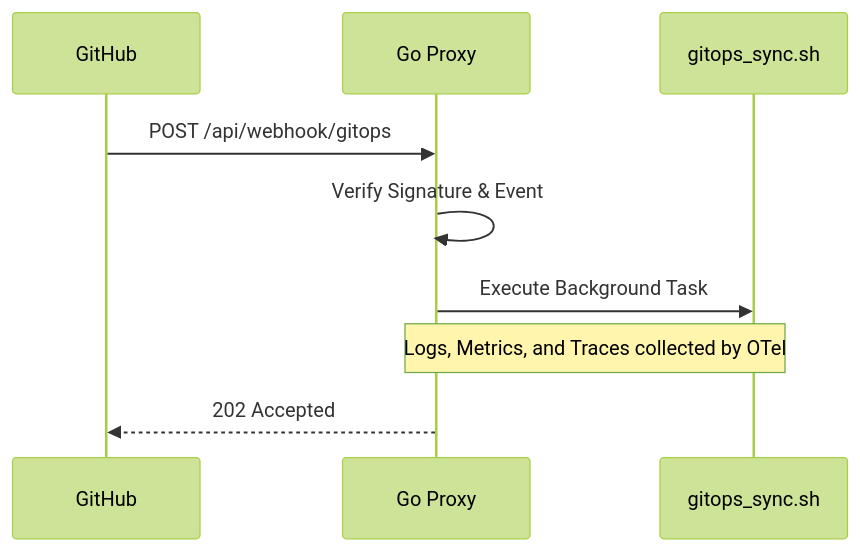
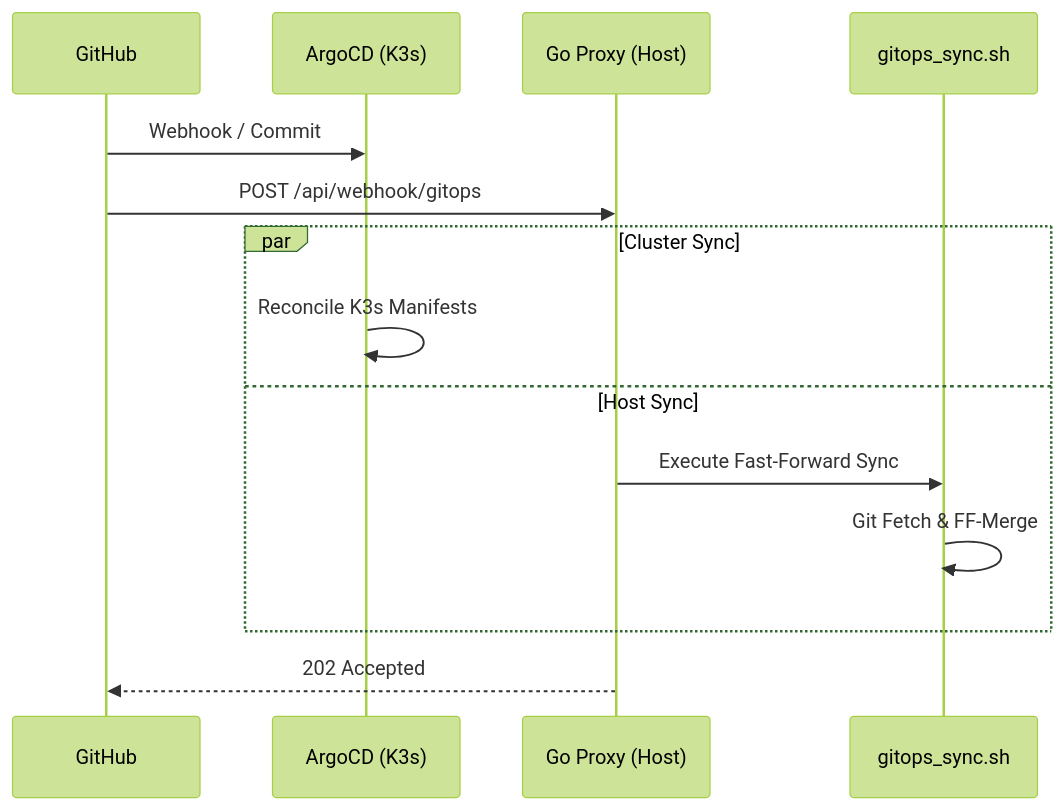
The diagram in docs/architecture/core-concepts/automation.md (victoriacheng15/observability-hub), drawn with Mermaid (forest theme) before and after one commit. The commit also changed other lines of this file and 6 other files, not shown here.

````diff
--- a/docs/architecture/core-concepts/automation.md
+++ b/docs/architecture/core-concepts/automation.md
@@ -35,12 +24,19 @@
 ```mermaid
 sequenceDiagram
     participant GitHub
-    participant Proxy as Go Proxy
+    participant Argo as ArgoCD (K3s)
+    participant Proxy as Go Proxy (Host)
     participant Script as gitops_sync.sh
 
+    GitHub->>Argo: Webhook / Commit
     GitHub->>Proxy: POST /api/webhook/gitops
-    Proxy->>Proxy: Verify Signature & Event
-    Proxy->>Script: Execute Background Task
-    Note over Script, Proxy: Logs, Metrics, and Traces collected by OTel
+    
+    par Cluster Sync
+        Argo->>Argo: Reconcile K3s Manifests
+    and Host Sync
+        Proxy->>Script: Execute Fast-Forward Sync
+        Script->>Script: Git Fetch & FF-Merge
+    end
+    
     Proxy-->>GitHub: 202 Accepted
 ```
````
